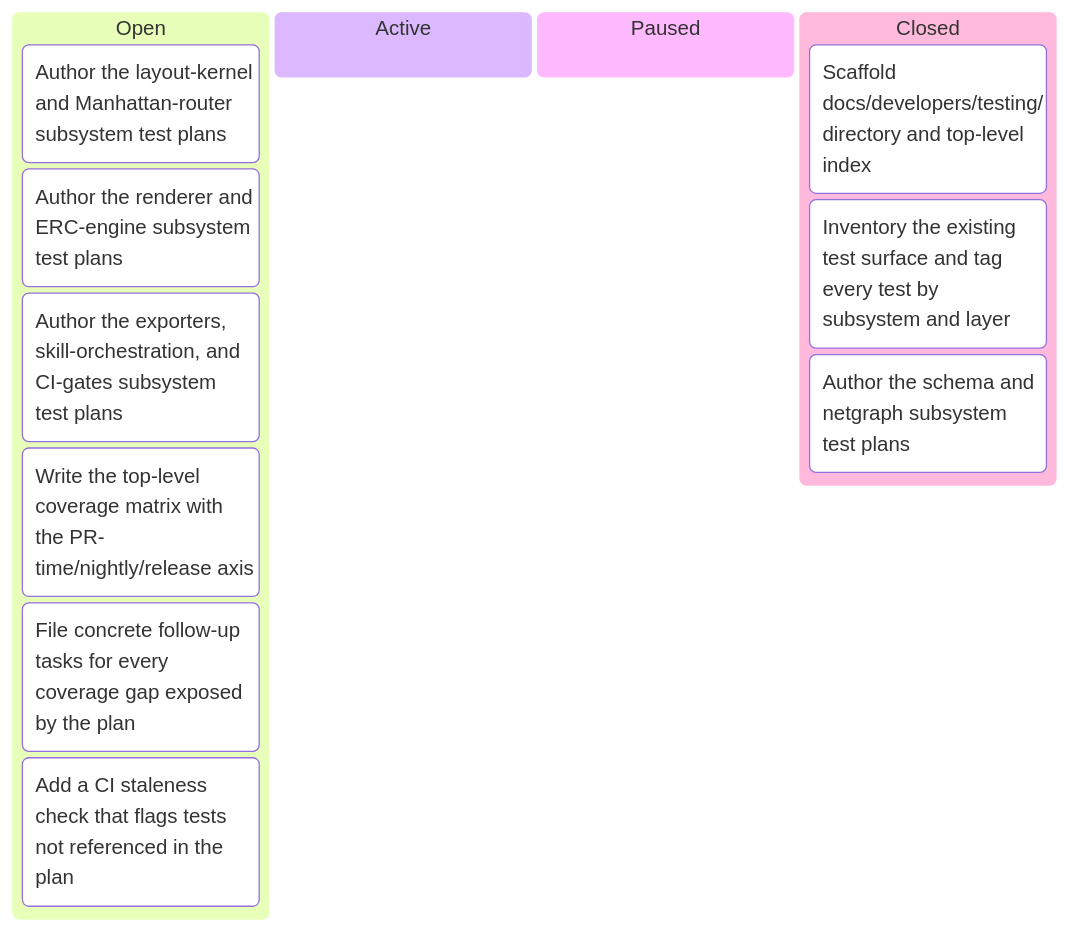
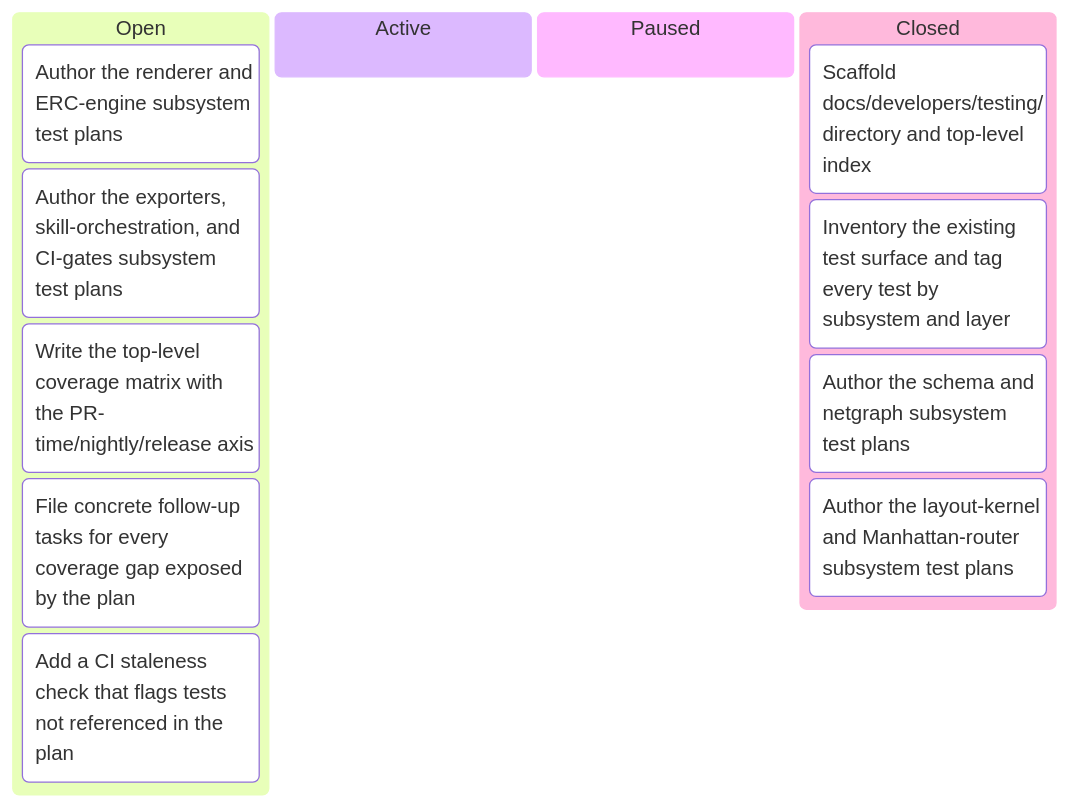
Before and after one commit to tgd1975/CircuitSmith: the third of 3 diagrams in docs/developers/tasks/KANBAN.md, drawn with Mermaid. The commit also changed other lines of this file and 6 other files, not shown here.

First line of the commit message:
close TASK-086: author the layout-kernel and router subsystem test plans

````diff
--- a/docs/developers/tasks/KANBAN.md
+++ b/docs/developers/tasks/KANBAN.md
@@ -53,16 +53,16 @@
 ```mermaid
 kanban
   Open
-    TASK_086["Author the layout-kernel and Manhattan-router subsystem test plans"]
     TASK_087["Author the renderer and ERC-engine subsystem test plans"]
     TASK_088["Author the exporters, skill-orchestration, and CI-gates subsystem test plans"]
     TASK_089["Write the top-level coverage matrix with the PR-time/nightly/release axis"]
     TASK_090["File concrete follow-up tasks for every coverage gap exposed by the plan"]
     TASK_091["Add a CI staleness check that flags tests not referenced in the plan"]
   Active
   Paused
   Closed
     TASK_083["Scaffold docs/developers/testing/ directory and top-level index"]
     TASK_084["Inventory the existing test surface and tag every test by subsystem and layer"]
     TASK_085["Author the schema and netgraph subsystem test plans"]
+    TASK_086["Author the layout-kernel and Manhattan-router subsystem test plans"]
 ```
````
